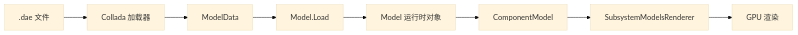
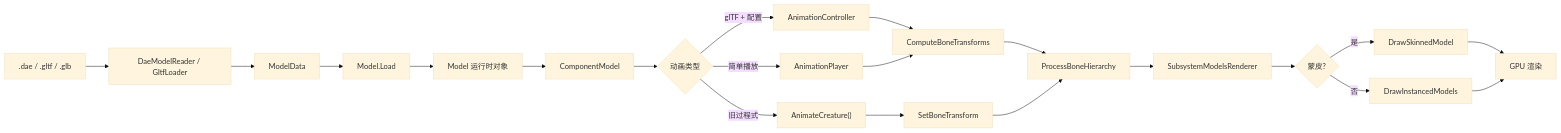
The second of 8 diagrams in docs/CreatureModelSystem.md (YYLMZXC/SurvivalCraftAPI), drawn with Mermaid (base theme) before and after one commit. The commit also changed other lines of this file and 3 other files, not shown here.

````diff
--- a/docs/CreatureModelSystem.md
+++ b/docs/CreatureModelSystem.md
@@ -93,10 +108,23 @@
 ```mermaid
 flowchart LR
-    A[.dae 文件] --> B[Collada 加载器]
+    A[".dae / .gltf / .glb"] --> B["DaeModelReader / GltfLoader"]
     B --> C[ModelData]
-    C --> D[Model.Load]
-    D --> E[Model 运行时对象]
+    C --> D["Model.Load"]
+    D --> E["Model 运行时对象"]
     E --> F[ComponentModel]
-    F --> G[SubsystemModelsRenderer]
-    G --> H[GPU 渲染]
+    F --> G{动画类型}
+    G -->|glTF + 配置| H["AnimationController"]
+    G -->|简单播放| I["AnimationPlayer"]
+    G -->|旧过程式| J["AnimateCreature()"]
+    H --> K[ComputeBoneTransforms]
+    I --> K
+    J --> L[SetBoneTransform]
+    K --> M[ProcessBoneHierarchy]
+    L --> M
+    M --> N[SubsystemModelsRenderer]
+    N --> O{蒙皮?}
+    O -->|是| P["DrawSkinnedModel"]
+    O -->|否| Q["DrawInstancedModels"]
+    P --> R[GPU 渲染]
+    Q --> R
 ```
````
